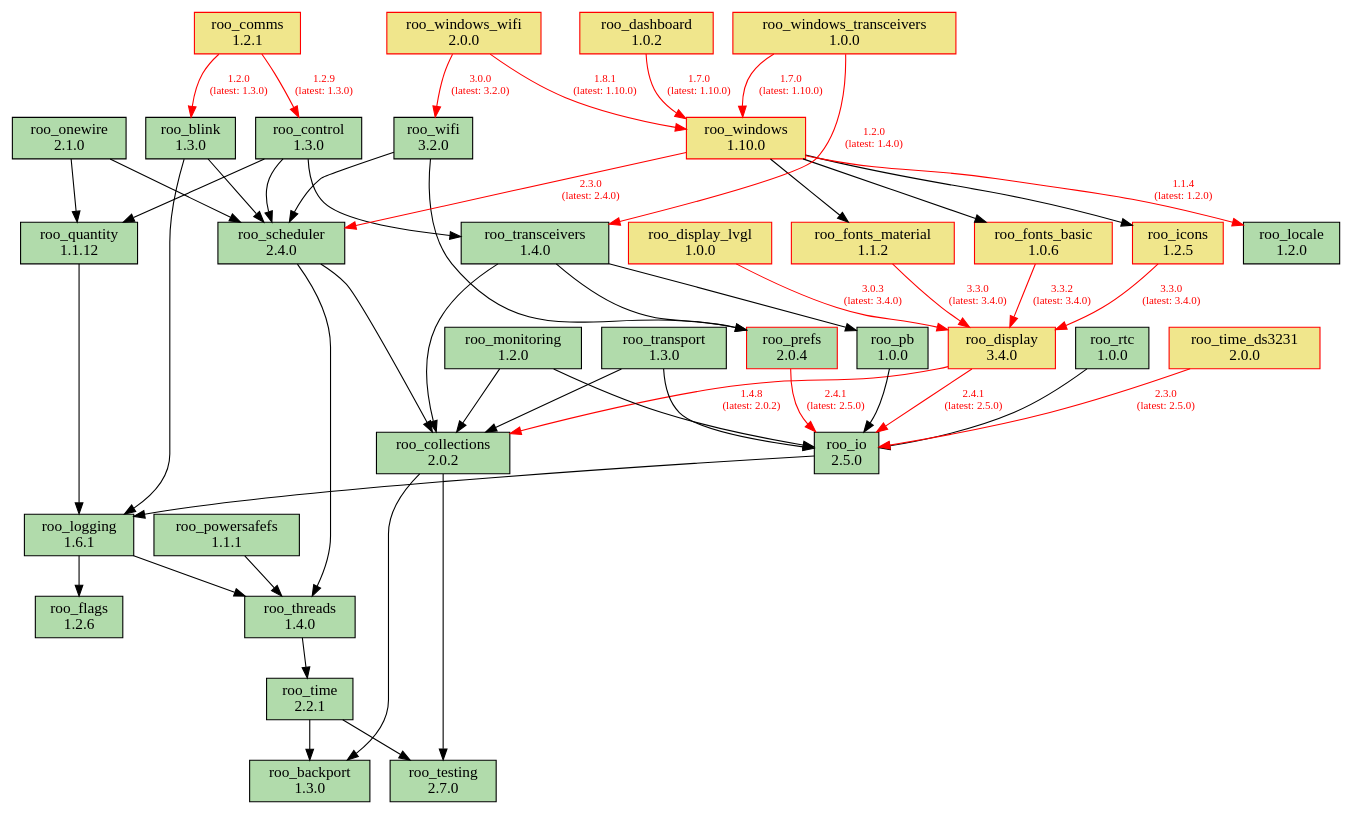
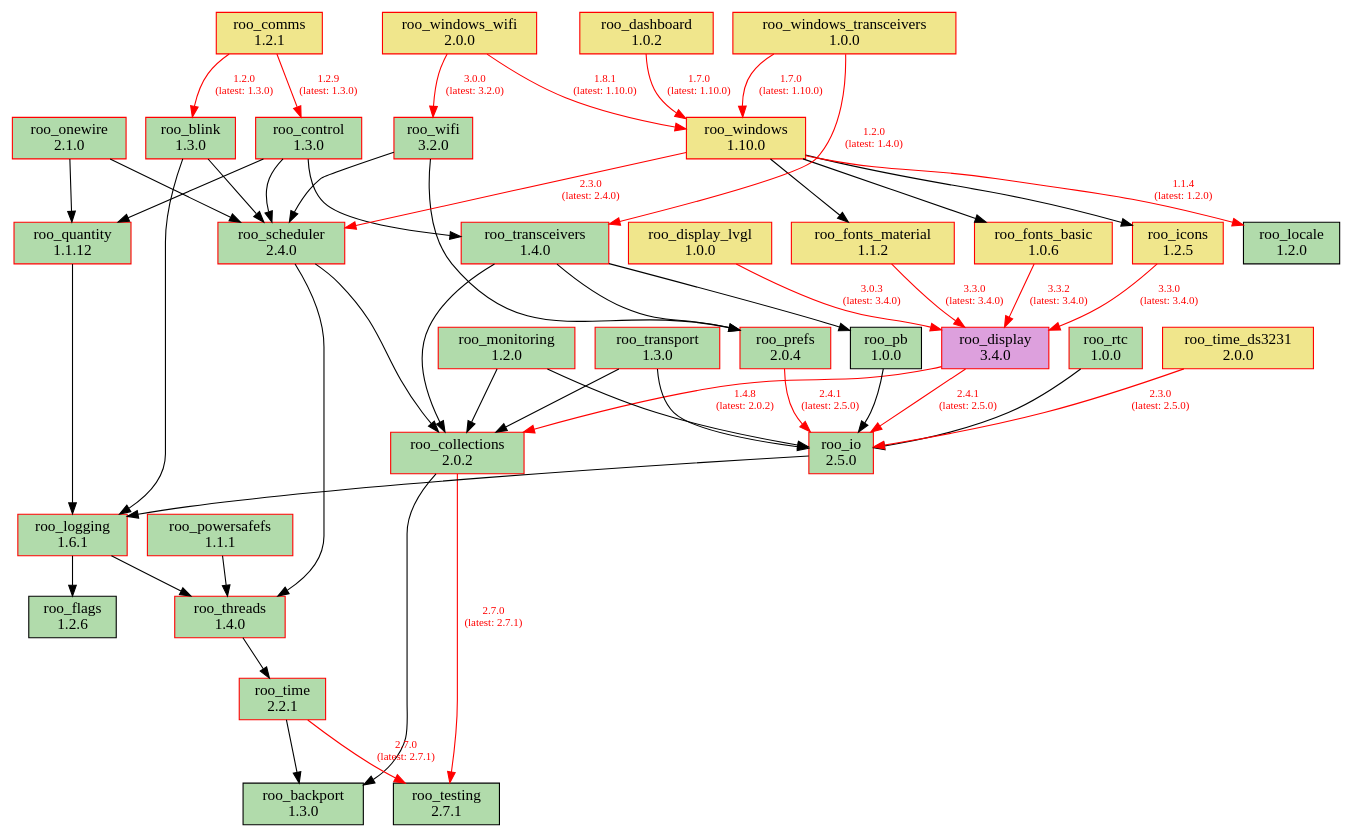
One commit to dejwk/roo-registry changed the diagram in doc/dependencies.dot. Above: the diagram before and after it, drawn with Graphviz. The commit also changed 3 other files, not shown here.

Commit message:
Added roo_testing 2.7.1 to the registry.

```diff
--- a/doc/dependencies.dot
+++ b/doc/dependencies.dot
@@ -1,92 +1,92 @@
 digraph dependencies {
     rankdir=TB;
     node [shape=box, style=filled];
     edge [fontsize=10];
 
     // Modules
     "roo_backport" [label="roo_backport\n1.3.0", fillcolor="#b1dbab", color="black"];
-    "roo_blink" [label="roo_blink\n1.3.0", fillcolor="#b1dbab", color="black"];
-    "roo_collections" [label="roo_collections\n2.0.2", fillcolor="#b1dbab", color="black"];
+    "roo_blink" [label="roo_blink\n1.3.0", fillcolor="#b1dbab", color="red"];
+    "roo_collections" [label="roo_collections\n2.0.2", fillcolor="#b1dbab", color="red"];
     "roo_comms" [label="roo_comms\n1.2.1", fillcolor="khaki", color="red"];
-    "roo_control" [label="roo_control\n1.3.0", fillcolor="#b1dbab", color="black"];
+    "roo_control" [label="roo_control\n1.3.0", fillcolor="#b1dbab", color="red"];
     "roo_dashboard" [label="roo_dashboard\n1.0.2", fillcolor="khaki", color="red"];
-    "roo_display" [label="roo_display\n3.4.0", fillcolor="khaki", color="red"];
+    "roo_display" [label="roo_display\n3.4.0", fillcolor="plum", color="red"];
     "roo_display_lvgl" [label="roo_display_lvgl\n1.0.0", fillcolor="khaki", color="red"];
     "roo_flags" [label="roo_flags\n1.2.6", fillcolor="#b1dbab", color="black"];
     "roo_fonts_basic" [label="roo_fonts_basic\n1.0.6", fillcolor="khaki", color="red"];
     "roo_fonts_material" [label="roo_fonts_material\n1.1.2", fillcolor="khaki", color="red"];
     "roo_icons" [label="roo_icons\n1.2.5", fillcolor="khaki", color="red"];
-    "roo_io" [label="roo_io\n2.5.0", fillcolor="#b1dbab", color="black"];
+    "roo_io" [label="roo_io\n2.5.0", fillcolor="#b1dbab", color="red"];
     "roo_locale" [label="roo_locale\n1.2.0", fillcolor="#b1dbab", color="black"];
-    "roo_logging" [label="roo_logging\n1.6.1", fillcolor="#b1dbab", color="black"];
-    "roo_monitoring" [label="roo_monitoring\n1.2.0", fillcolor="#b1dbab", color="black"];
-    "roo_onewire" [label="roo_onewire\n2.1.0", fillcolor="#b1dbab", color="black"];
+    "roo_logging" [label="roo_logging\n1.6.1", fillcolor="#b1dbab", color="red"];
+    "roo_monitoring" [label="roo_monitoring\n1.2.0", fillcolor="#b1dbab", color="red"];
+    "roo_onewire" [label="roo_onewire\n2.1.0", fillcolor="#b1dbab", color="red"];
     "roo_pb" [label="roo_pb\n1.0.0", fillcolor="#b1dbab", color="black"];
-    "roo_powersafefs" [label="roo_powersafefs\n1.1.1", fillcolor="#b1dbab", color="black"];
+    "roo_powersafefs" [label="roo_powersafefs\n1.1.1", fillcolor="#b1dbab", color="red"];
     "roo_prefs" [label="roo_prefs\n2.0.4", fillcolor="#b1dbab", color="red"];
-    "roo_quantity" [label="roo_quantity\n1.1.12", fillcolor="#b1dbab", color="black"];
-    "roo_rtc" [label="roo_rtc\n1.0.0", fillcolor="#b1dbab", color="black"];
-    "roo_scheduler" [label="roo_scheduler\n2.4.0", fillcolor="#b1dbab", color="black"];
-    "roo_testing" [label="roo_testing\n2.7.0", fillcolor="#b1dbab", color="black"];
-    "roo_threads" [label="roo_threads\n1.4.0", fillcolor="#b1dbab", color="black"];
-    "roo_time" [label="roo_time\n2.2.1", fillcolor="#b1dbab", color="black"];
+    "roo_quantity" [label="roo_quantity\n1.1.12", fillcolor="#b1dbab", color="red"];
+    "roo_rtc" [label="roo_rtc\n1.0.0", fillcolor="#b1dbab", color="red"];
+    "roo_scheduler" [label="roo_scheduler\n2.4.0", fillcolor="#b1dbab", color="red"];
+    "roo_testing" [label="roo_testing\n2.7.1", fillcolor="#b1dbab", color="black"];
+    "roo_threads" [label="roo_threads\n1.4.0", fillcolor="#b1dbab", color="red"];
+    "roo_time" [label="roo_time\n2.2.1", fillcolor="#b1dbab", color="red"];
     "roo_time_ds3231" [label="roo_time_ds3231\n2.0.0", fillcolor="khaki", color="red"];
-    "roo_transceivers" [label="roo_transceivers\n1.4.0", fillcolor="#b1dbab", color="black"];
-    "roo_transport" [label="roo_transport\n1.3.0", fillcolor="#b1dbab", color="black"];
-    "roo_wifi" [label="roo_wifi\n3.2.0", fillcolor="#b1dbab", color="black"];
+    "roo_transceivers" [label="roo_transceivers\n1.4.0", fillcolor="#b1dbab", color="red"];
+    "roo_transport" [label="roo_transport\n1.3.0", fillcolor="#b1dbab", color="red"];
+    "roo_wifi" [label="roo_wifi\n3.2.0", fillcolor="#b1dbab", color="red"];
     "roo_windows" [label="roo_windows\n1.10.0", fillcolor="khaki", color="red"];
     "roo_windows_transceivers" [label="roo_windows_transceivers\n1.0.0", fillcolor="khaki", color="red"];
     "roo_windows_wifi" [label="roo_windows_wifi\n2.0.0", fillcolor="khaki", color="red"];
 
     // Dependencies
     "roo_blink" -> "roo_logging";
     "roo_blink" -> "roo_scheduler";
-    "roo_collections" -> "roo_testing";
+    "roo_collections" -> "roo_testing" [color=red, fontcolor=red, label="2.7.0\n(latest: 2.7.1)"];
     "roo_collections" -> "roo_backport";
     "roo_comms" -> "roo_blink" [color=red, fontcolor=red, label="1.2.0\n(latest: 1.3.0)"];
     "roo_comms" -> "roo_control" [color=red, fontcolor=red, label="1.2.9\n(latest: 1.3.0)"];
     "roo_control" -> "roo_quantity";
     "roo_control" -> "roo_scheduler";
     "roo_control" -> "roo_transceivers";
     "roo_dashboard" -> "roo_windows" [color=red, fontcolor=red, label="1.7.0\n(latest: 1.10.0)"];
     "roo_display" -> "roo_collections" [color=red, fontcolor=red, label="1.4.8\n(latest: 2.0.2)"];
     "roo_display" -> "roo_io" [color=red, fontcolor=red, label="2.4.1\n(latest: 2.5.0)"];
     "roo_display_lvgl" -> "roo_display" [color=red, fontcolor=red, label="3.0.3\n(latest: 3.4.0)"];
     "roo_fonts_basic" -> "roo_display" [color=red, fontcolor=red, label="3.3.2\n(latest: 3.4.0)"];
     "roo_fonts_material" -> "roo_display" [color=red, fontcolor=red, label="3.3.0\n(latest: 3.4.0)"];
     "roo_icons" -> "roo_display" [color=red, fontcolor=red, label="3.3.0\n(latest: 3.4.0)"];
     "roo_io" -> "roo_logging";
     "roo_logging" -> "roo_flags";
     "roo_logging" -> "roo_threads";
     "roo_monitoring" -> "roo_collections";
     "roo_monitoring" -> "roo_io";
     "roo_onewire" -> "roo_scheduler";
     "roo_onewire" -> "roo_quantity";
     "roo_pb" -> "roo_io";
     "roo_powersafefs" -> "roo_threads";
     "roo_prefs" -> "roo_io" [color=red, fontcolor=red, label="2.4.1\n(latest: 2.5.0)"];
     "roo_quantity" -> "roo_logging";
     "roo_rtc" -> "roo_io";
     "roo_scheduler" -> "roo_collections";
     "roo_scheduler" -> "roo_threads";
     "roo_threads" -> "roo_time";
-    "roo_time" -> "roo_testing";
+    "roo_time" -> "roo_testing" [color=red, fontcolor=red, label="2.7.0\n(latest: 2.7.1)"];
     "roo_time" -> "roo_backport";
     "roo_time_ds3231" -> "roo_io" [color=red, fontcolor=red, label="2.3.0\n(latest: 2.5.0)"];
     "roo_transceivers" -> "roo_pb";
     "roo_transceivers" -> "roo_collections";
     "roo_transceivers" -> "roo_prefs";
     "roo_transport" -> "roo_collections";
     "roo_transport" -> "roo_io";
     "roo_wifi" -> "roo_prefs";
     "roo_wifi" -> "roo_scheduler";
     "roo_windows" -> "roo_fonts_basic";
     "roo_windows" -> "roo_fonts_material";
     "roo_windows" -> "roo_locale" [color=red, fontcolor=red, label="1.1.4\n(latest: 1.2.0)"];
     "roo_windows" -> "roo_icons";
     "roo_windows" -> "roo_scheduler" [color=red, fontcolor=red, label="2.3.0\n(latest: 2.4.0)"];
     "roo_windows_transceivers" -> "roo_transceivers" [color=red, fontcolor=red, label="1.2.0\n(latest: 1.4.0)"];
     "roo_windows_transceivers" -> "roo_windows" [color=red, fontcolor=red, label="1.7.0\n(latest: 1.10.0)"];
     "roo_windows_wifi" -> "roo_wifi" [color=red, fontcolor=red, label="3.0.0\n(latest: 3.2.0)"];
     "roo_windows_wifi" -> "roo_windows" [color=red, fontcolor=red, label="1.8.1\n(latest: 1.10.0)"];
 }
```
